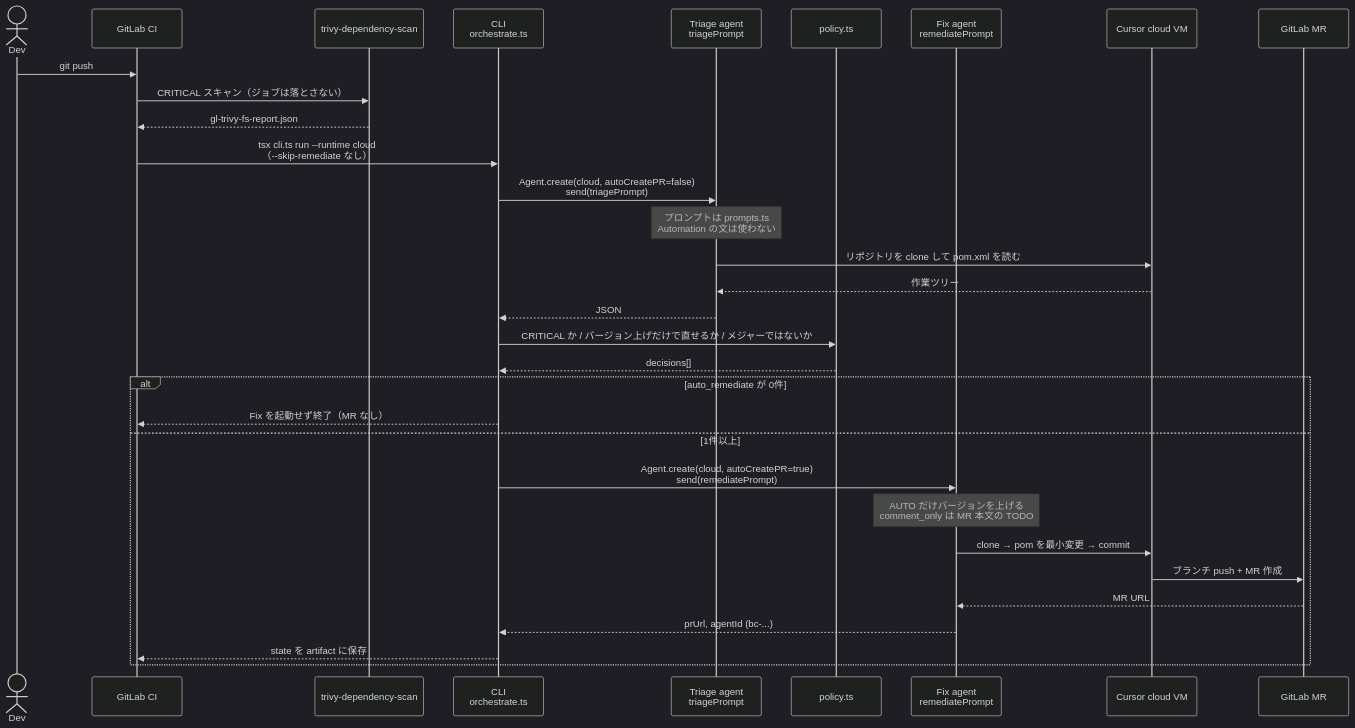
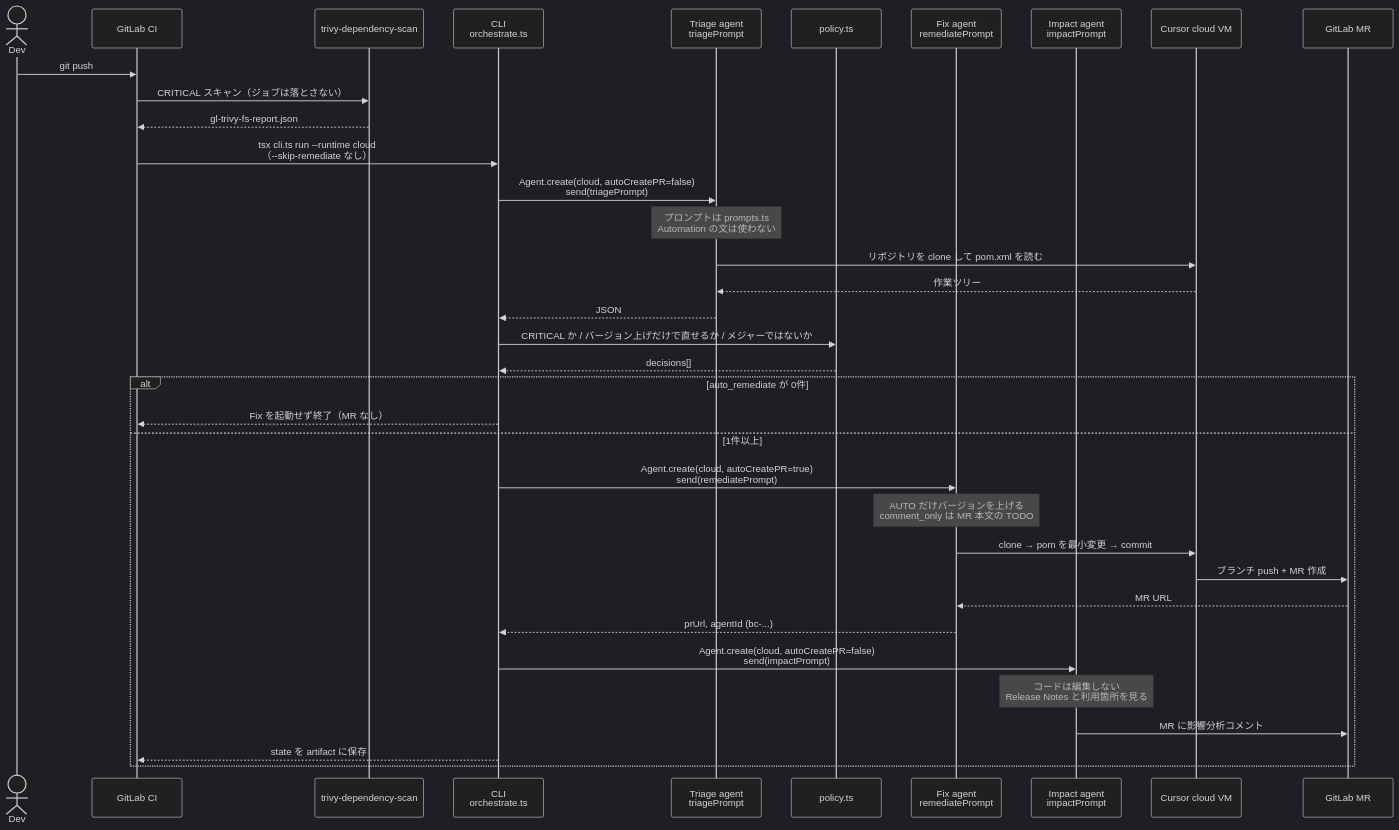
The second of 5 diagrams in cursor-sdk/SEQUENCE.ja.md (Acme-finance-demo/spring-petclinic-cursor), drawn with Mermaid (dark theme) before and after one commit. The commit also changed other lines of this file and 9 other files, not shown here.

First line of the commit message:
Add an impact-analysis agent after CVE remediations.

````diff
--- a/cursor-sdk/SEQUENCE.ja.md
+++ b/cursor-sdk/SEQUENCE.ja.md
@@ -72,39 +73,43 @@
 ```mermaid
 sequenceDiagram
     actor Dev
     participant GL as GitLab CI
     participant Scan as trivy-dependency-scan
     participant CLI as CLI<br/>orchestrate.ts
     participant Triage as Triage agent<br/>triagePrompt
     participant Policy as policy.ts
     participant Fix as Fix agent<br/>remediatePrompt
+    participant Impact as Impact agent<br/>impactPrompt
     participant Cursor as Cursor cloud VM
     participant GitLab as GitLab MR
 
     Dev->>GL: git push
     GL->>Scan: CRITICAL スキャン（ジョブは落とさない）
     Scan-->>GL: gl-trivy-fs-report.json
 
     GL->>CLI: tsx cli.ts run --runtime cloud<br/>（--skip-remediate なし）
 
     CLI->>Triage: Agent.create(cloud, autoCreatePR=false)<br/>send(triagePrompt)
     Note over Triage: プロンプトは prompts.ts<br/>Automation の文は使わない
     Triage->>Cursor: リポジトリを clone して pom.xml を読む
     Cursor-->>Triage: 作業ツリー
     Triage-->>CLI: JSON
 
     CLI->>Policy: CRITICAL か / バージョン上げだけで直せるか / メジャーではないか
     Policy-->>CLI: decisions[]
 
     alt auto_remediate が 0件
         CLI-->>GL: Fix を起動せず終了（MR なし）
     else 1件以上
         CLI->>Fix: Agent.create(cloud, autoCreatePR=true)<br/>send(remediatePrompt)
         Note over Fix: AUTO だけバージョンを上げる<br/>comment_only は MR 本文の TODO
         Fix->>Cursor: clone → pom を最小変更 → commit
         Cursor->>GitLab: ブランチ push + MR 作成
         GitLab-->>Fix: MR URL
         Fix-->>CLI: prUrl, agentId (bc-...)
+        CLI->>Impact: Agent.create(cloud, autoCreatePR=false)<br/>send(impactPrompt)
+        Note over Impact: コードは編集しない<br/>Release Notes と利用箇所を見る
+        Impact->>GitLab: MR に影響分析コメント
         CLI-->>GL: state を artifact に保存
     end
 ```
````
